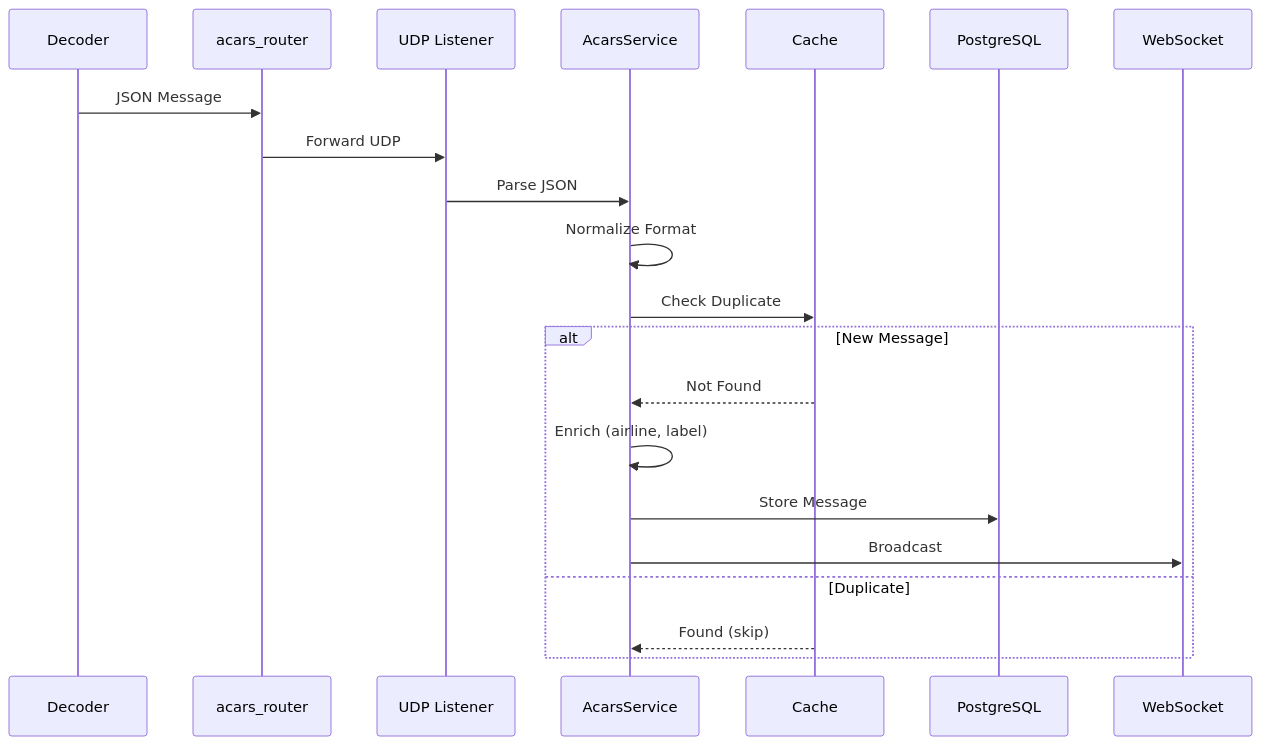
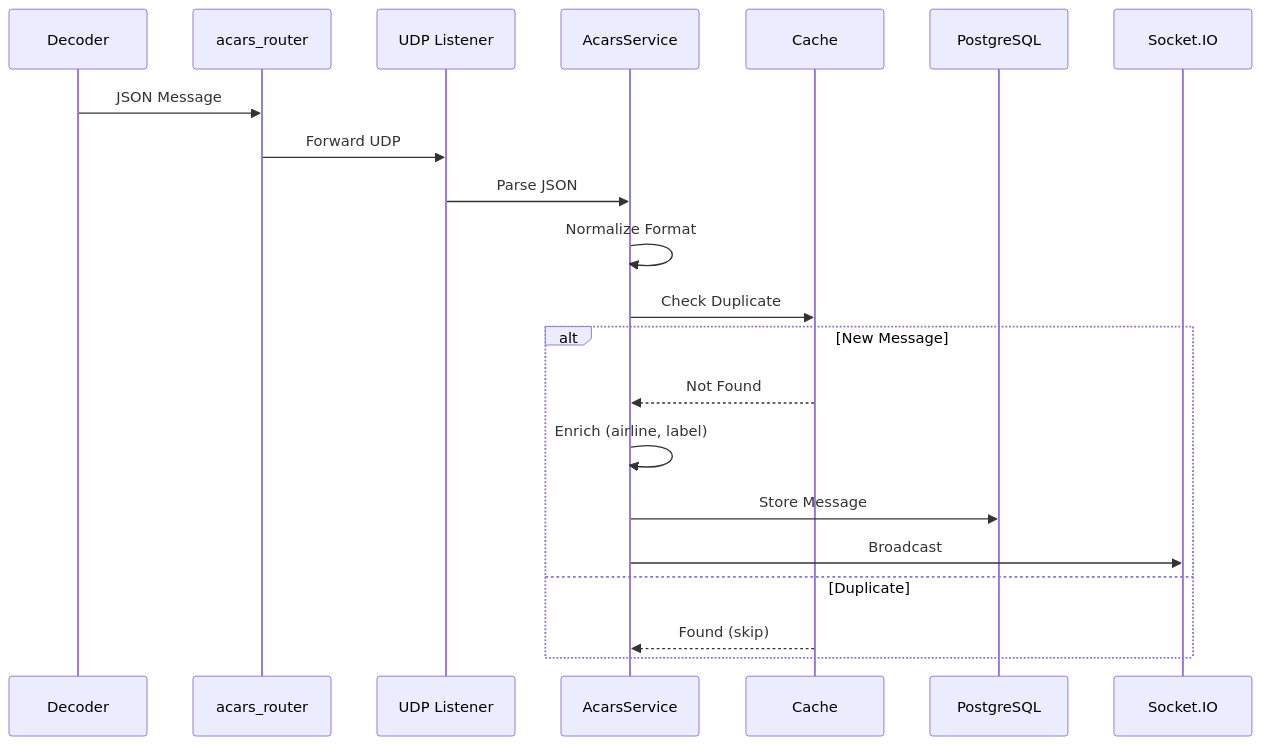
The second of 5 diagrams in docs/14-acars.md (CHA0S-CORP/SkySpy), drawn with Mermaid before and after one commit. The commit also changed other lines of this file and 5 other files, not shown here.

````diff
--- a/docs/14-acars.md
+++ b/docs/14-acars.md
@@ -130,24 +130,24 @@
 ```mermaid
 sequenceDiagram
     participant D as Decoder
     participant R as acars_router
     participant U as UDP Listener
     participant S as AcarsService
     participant C as Cache
     participant DB as PostgreSQL
-    participant WS as WebSocket
+    participant WS as Socket.IO
 
     D->>R: JSON Message
     R->>U: Forward UDP
     U->>S: Parse JSON
     S->>S: Normalize Format
     S->>C: Check Duplicate
     alt New Message
         C-->>S: Not Found
         S->>S: Enrich (airline, label)
         S->>DB: Store Message
         S->>WS: Broadcast
     else Duplicate
         C-->>S: Found (skip)
     end
 ```
````
